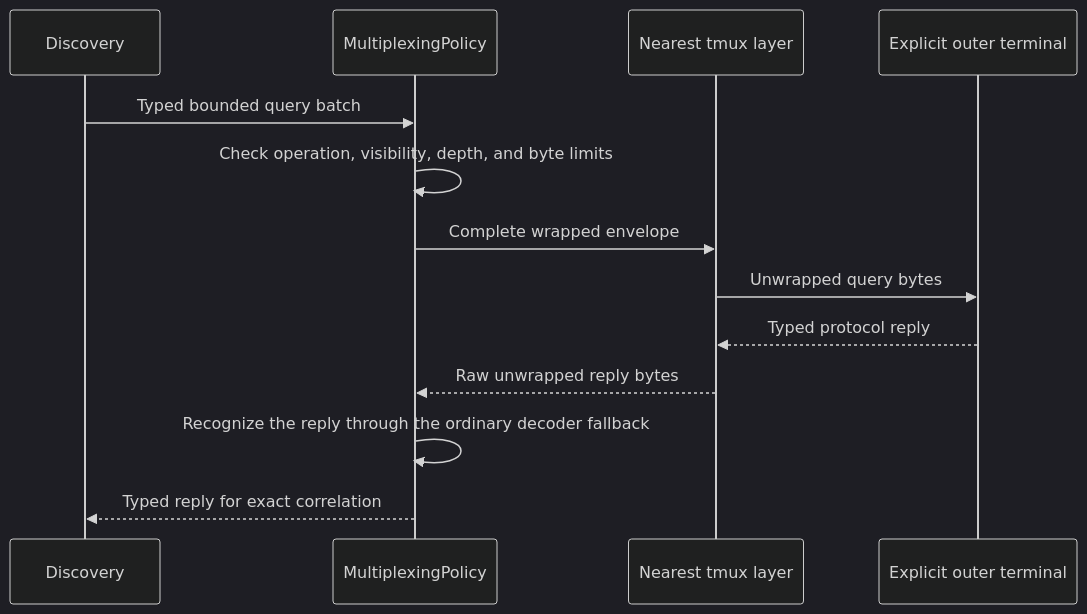
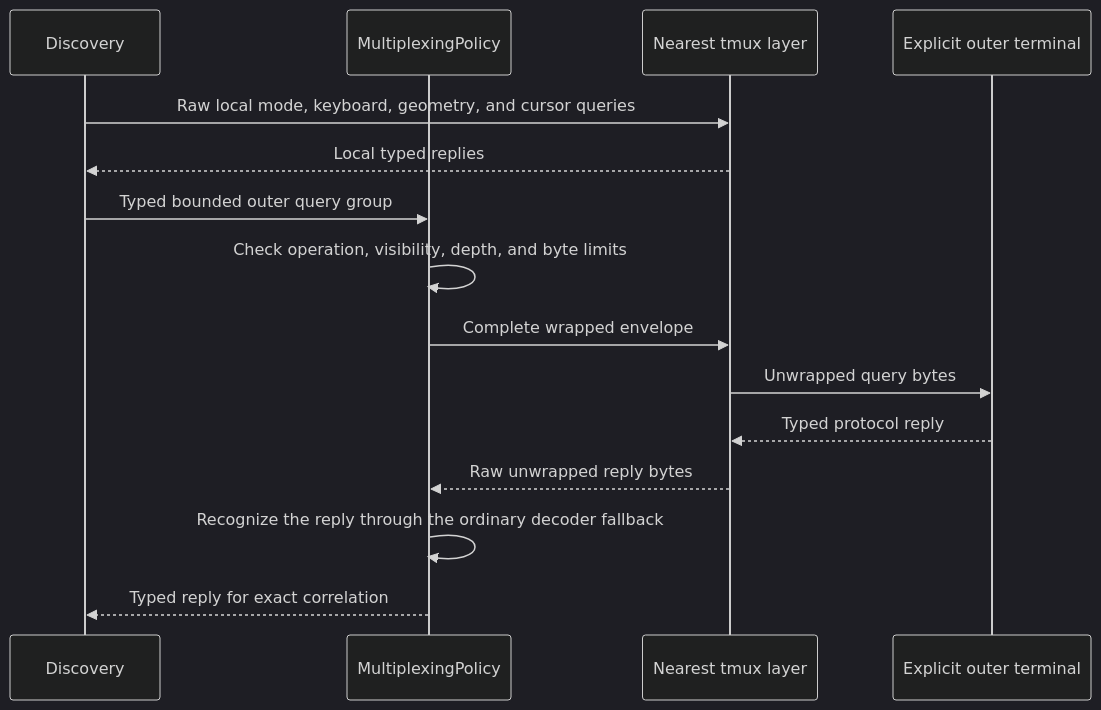
The diagram in docs/protocols/tmux.md (pavkam/sharp-vision), drawn with Mermaid (dark theme) before and after one commit. The commit also changed other lines of this file and 14 other files, not shown here.

````diff
--- a/docs/protocols/tmux.md
+++ b/docs/protocols/tmux.md
@@ -74,16 +74,18 @@
 ```mermaid
 sequenceDiagram
     participant Discovery
     participant Policy as MultiplexingPolicy
     participant Tmux as Nearest tmux layer
     participant Outer as Explicit outer terminal
 
-    Discovery->>Policy: Typed bounded query batch
+    Discovery->>Tmux: Raw local mode, keyboard, geometry, and cursor queries
+    Tmux-->>Discovery: Local typed replies
+    Discovery->>Policy: Typed bounded outer query group
     Policy->>Policy: Check operation, visibility, depth, and byte limits
     Policy->>Tmux: Complete wrapped envelope
     Tmux->>Outer: Unwrapped query bytes
     Outer-->>Tmux: Typed protocol reply
     Tmux-->>Policy: Raw unwrapped reply bytes
     Policy->>Policy: Recognize the reply through the ordinary decoder fallback
     Policy-->>Discovery: Typed reply for exact correlation
 ```
````
